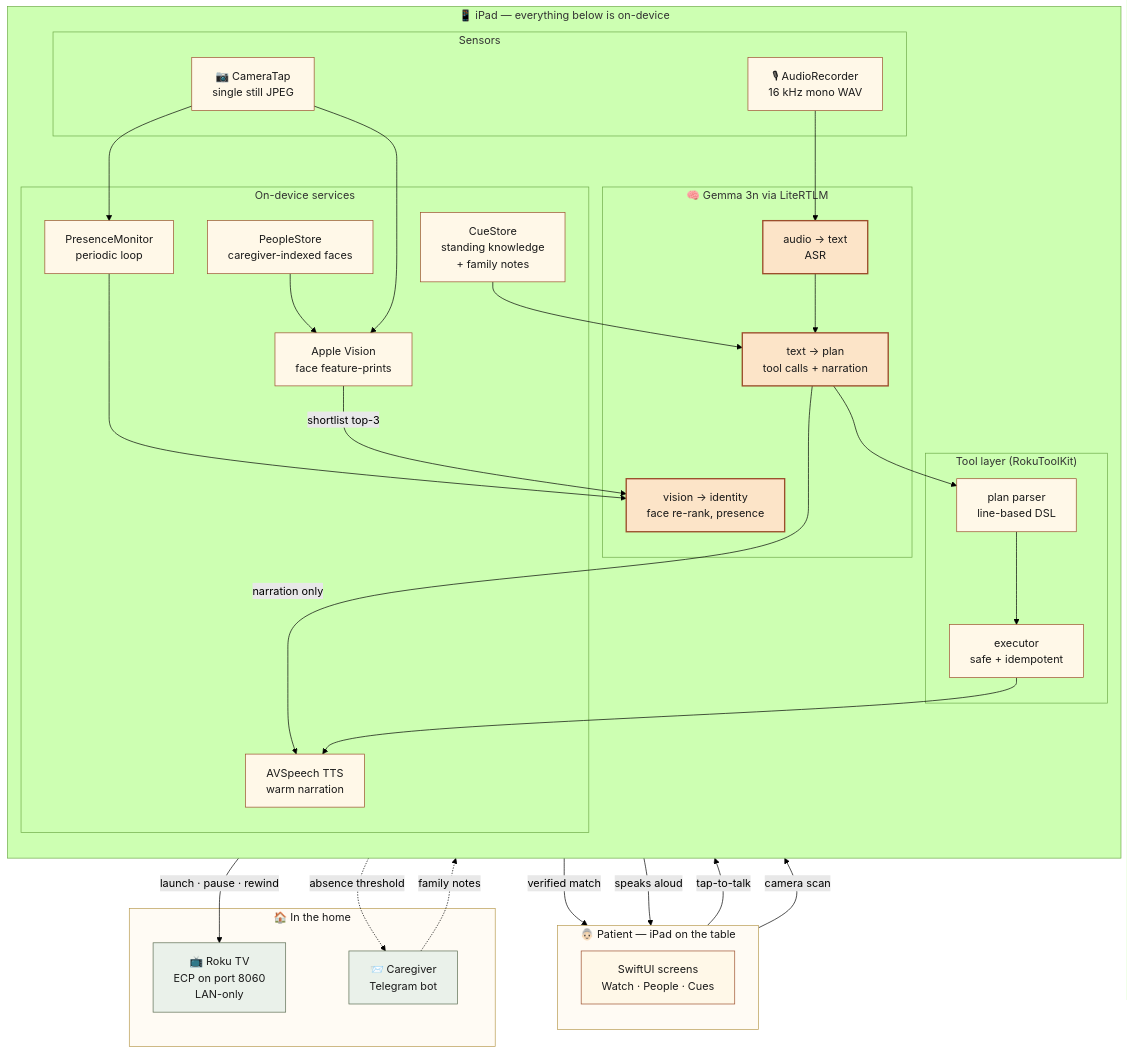
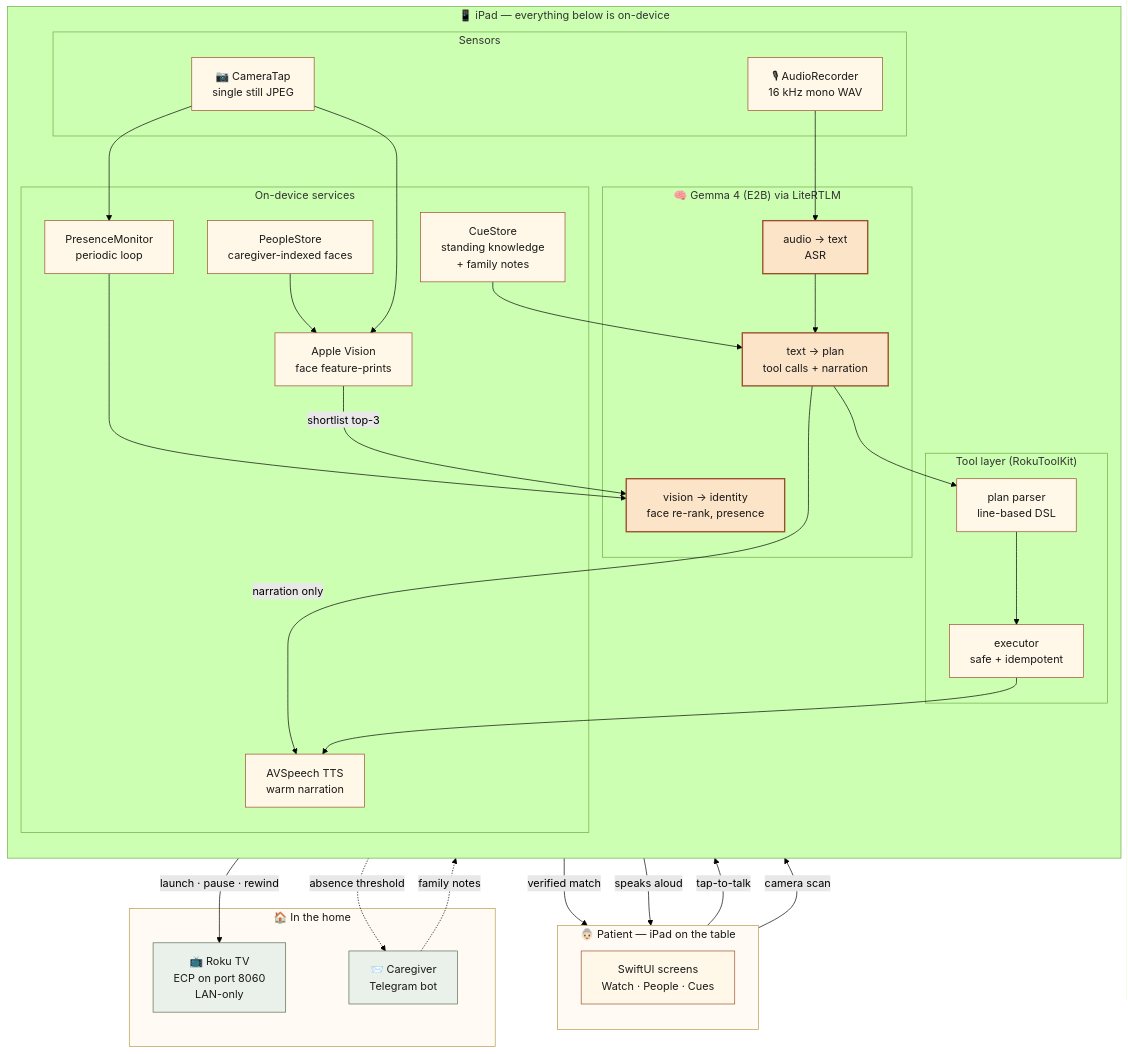
Before and after one commit to TejPotu/quiteCompany: the diagram in README.md, drawn with Mermaid (forest theme). The commit also changed other lines of this file and 3 other files, not shown here.

````diff
--- a/README.md
+++ b/README.md
@@ -92,71 +97,71 @@
 ```mermaid
 flowchart TB
     subgraph PATIENT["👵🏻 Patient — iPad on the table"]
         direction TB
         UI["SwiftUI screens<br/>Watch · People · Cues"]
     end
 
     subgraph DEVICE["📱 iPad — everything below is on-device"]
         direction TB
 
         subgraph SENSORS["Sensors"]
             MIC["🎙 AudioRecorder<br/>16 kHz mono WAV"]
             CAM["📷 CameraTap<br/>single still JPEG"]
         end
 
-        subgraph BRAIN["🧠 Gemma 3n via LiteRTLM"]
+        subgraph BRAIN["🧠 Gemma 4 (E2B) via LiteRTLM"]
             GAUDIO["audio → text<br/>ASR"]
             GTEXT["text → plan<br/>tool calls + narration"]
             GVISION["vision → identity<br/>face re-rank, presence"]
         end
 
         subgraph LOCAL["On-device services"]
             VISION["Apple Vision<br/>face feature-prints"]
             TTS["AVSpeech TTS<br/>warm narration"]
             PEOPLE["PeopleStore<br/>caregiver-indexed faces"]
             CUES["CueStore<br/>standing knowledge<br/>+ family notes"]
             PRES["PresenceMonitor<br/>periodic loop"]
         end
 
         subgraph TOOLS["Tool layer (RokuToolKit)"]
             PARSER["plan parser<br/>line-based DSL"]
             EXEC["executor<br/>safe + idempotent"]
         end
     end
 
     subgraph WORLD["🏠 In the home"]
         TV["📺 Roku TV<br/>ECP on port 8060<br/>LAN-only"]
         CARE["📨 Caregiver<br/>Telegram bot"]
     end
 
     UI -->|tap-to-talk| MIC
     MIC --> GAUDIO
     GAUDIO --> GTEXT
     UI -->|"camera scan"| CAM
     CAM --> VISION
     VISION -->|"shortlist top-3"| GVISION
     GVISION -->|"verified match"| UI
     CAM --> PRES
     PRES --> GVISION
 
     CUES --> GTEXT
     PEOPLE --> VISION
     GTEXT --> PARSER
     PARSER --> EXEC
     EXEC -->|"launch · pause · rewind"| TV
     EXEC --> TTS
     TTS -->|"speaks aloud"| UI
     GTEXT -->|"narration only"| TTS
 
     PRES -.->|"absence threshold"| CARE
     CARE -.->|"family notes"| CUES
 
     classDef onDevice fill:#FFF8E8,stroke:#9C4E2C,stroke-width:1px,color:#1a1a1a;
     classDef external fill:#EAF1EA,stroke:#5A6B50,stroke-width:1px,color:#1a1a1a;
     classDef brain fill:#FCE4C8,stroke:#9C4E2C,stroke-width:2px,color:#1a1a1a;
     classDef patient fill:#FFFBF4,stroke:#B89A4F,stroke-width:1px,color:#1a1a1a;
     class UI,MIC,CAM,VISION,TTS,PEOPLE,CUES,PRES,PARSER,EXEC onDevice;
     class GAUDIO,GTEXT,GVISION brain;
     class TV,CARE external;
     class PATIENT,WORLD patient;
 ```
````
